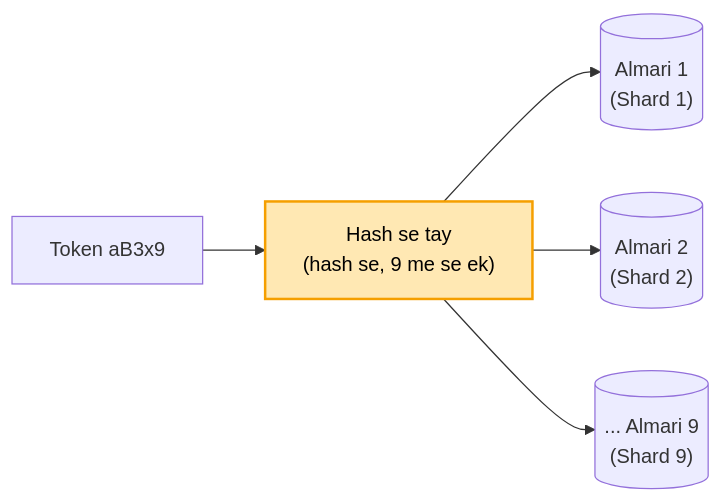
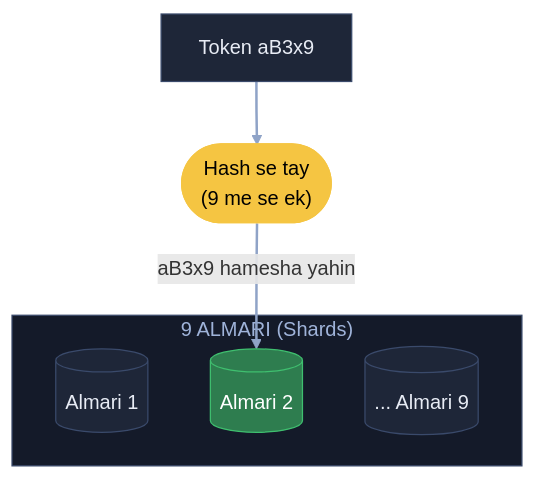
One commit to ArpanMaheshwari144/Prep changed the seventh of 13 diagrams in 04_HLD/SYSTEM_DESIGNS/01_url_shortener/01_url_shortener.md. Above: the diagram before and after it, drawn with Mermaid. The commit also changed other lines of this file, not shown here.

Commit message:
URL shortener: 13 diagram YouTube (reel) wale card andaaz me

````diff
--- a/04_HLD/SYSTEM_DESIGNS/01_url_shortener/01_url_shortener.md
+++ b/04_HLD/SYSTEM_DESIGNS/01_url_shortener/01_url_shortener.md
@@ -150,8 +218,18 @@
 ```mermaid
-flowchart LR
-    T["Token aB3x9"] --> H["Hash se tay<br/>(hash se, 9 me se ek)"]
-    H --> A1[("Almari 1<br/>(Shard 1)")]
-    H --> A2[("Almari 2<br/>(Shard 2)")]
-    H --> A9[("... Almari 9<br/>(Shard 9)")]
-    style H fill:#ffe8b3,stroke:#f59f00,stroke-width:2px,color:#000
+flowchart TB
+    T["Token aB3x9"]:::card
+    H(["Hash se tay<br/>(9 me se ek)"]):::pill
+    subgraph SH["9 ALMARI (Shards)"]
+        A1[("Almari 1")]:::card
+        A2[("Almari 2")]:::good
+        A9[("... Almari 9")]:::card
+    end
+    T --> H
+    H -- "aB3x9 hamesha yahin" --> A2
+    linkStyle default stroke:#8fa3c7,stroke-width:2px
+    classDef card fill:#1e2638,stroke:#3a4a6b,color:#e8ecf5
+    classDef pill fill:#f5c542,stroke:#f5c542,color:#000
+    classDef good fill:#2e7d4f,stroke:#3fbf6f,color:#fff
+    classDef bad fill:#5c1f24,stroke:#e05561,color:#fff
+    style SH fill:#141a29,stroke:#3a4a6b,color:#9fb3d9
 ```
````
